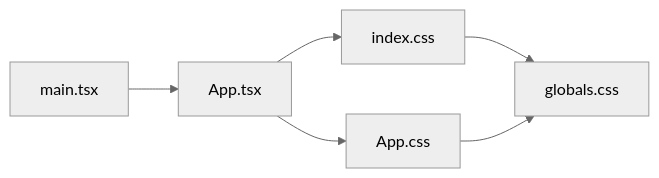
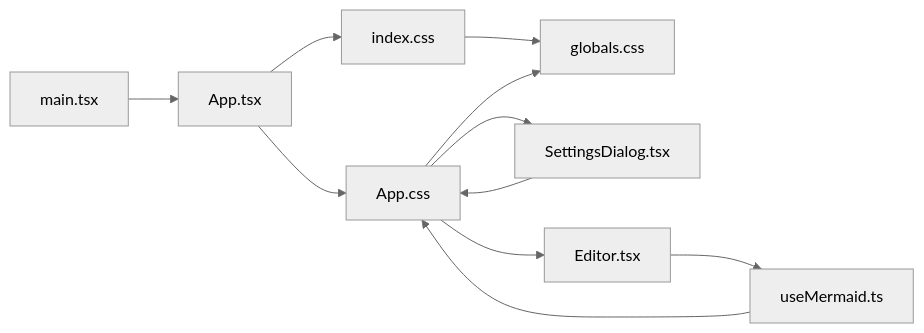
The fourth of 4 diagrams in .qoder/repowiki/zh/content/样式与主题.md (gongshiyun/ZenNote), drawn with Mermaid (neutral theme) before and after one commit. The commit also changed other lines of this file and 3 other files, not shown here.

````diff
--- a/.qoder/repowiki/zh/content/样式与主题.md
+++ b/.qoder/repowiki/zh/content/样式与主题.md
@@ -175,8 +287,13 @@
 ```mermaid
 graph LR
 M["main.tsx"] --> A["App.tsx"]
 A --> I["index.css"]
 A --> AC["App.css"]
 I --> G["globals.css"]
 AC --> G
+AC --> SD["SettingsDialog.tsx"]
+AC --> ED["Editor.tsx"]
+ED --> UM["useMermaid.ts"]
+SD --> AC
+UM --> AC
 ```
````
